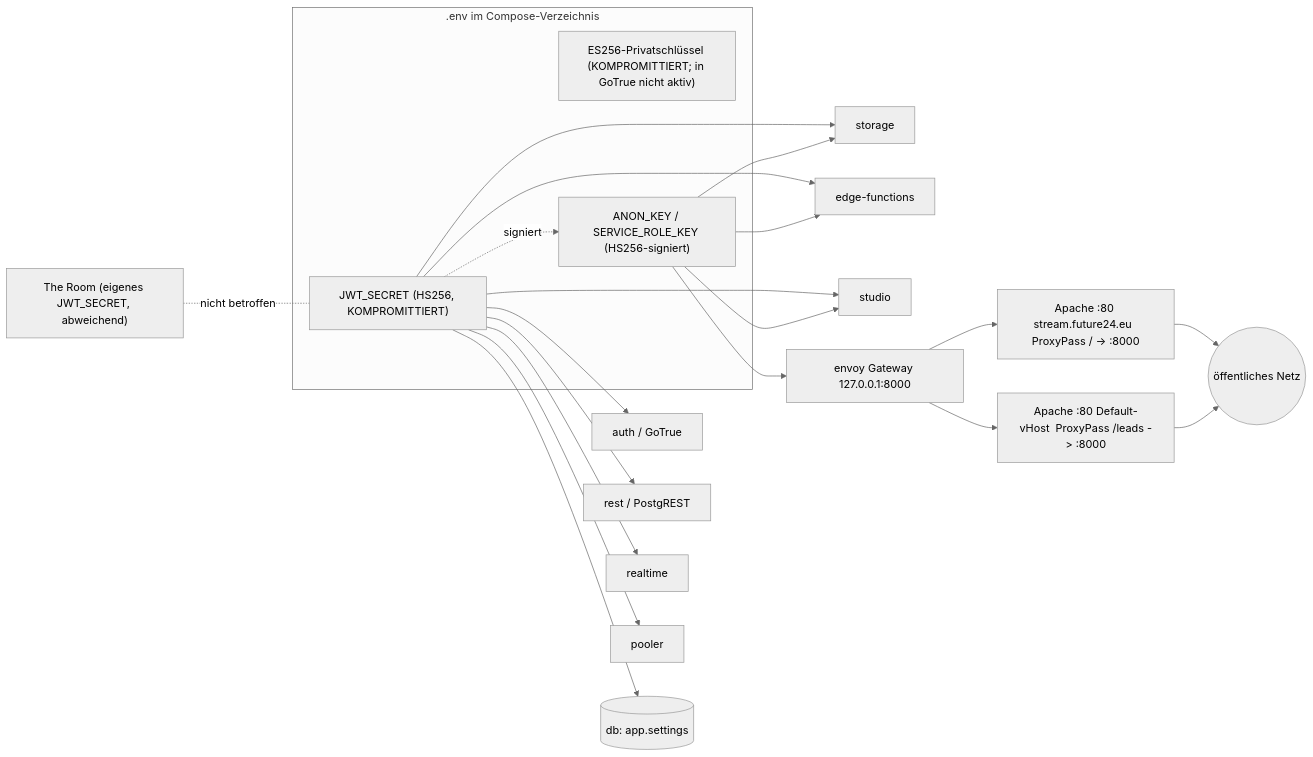
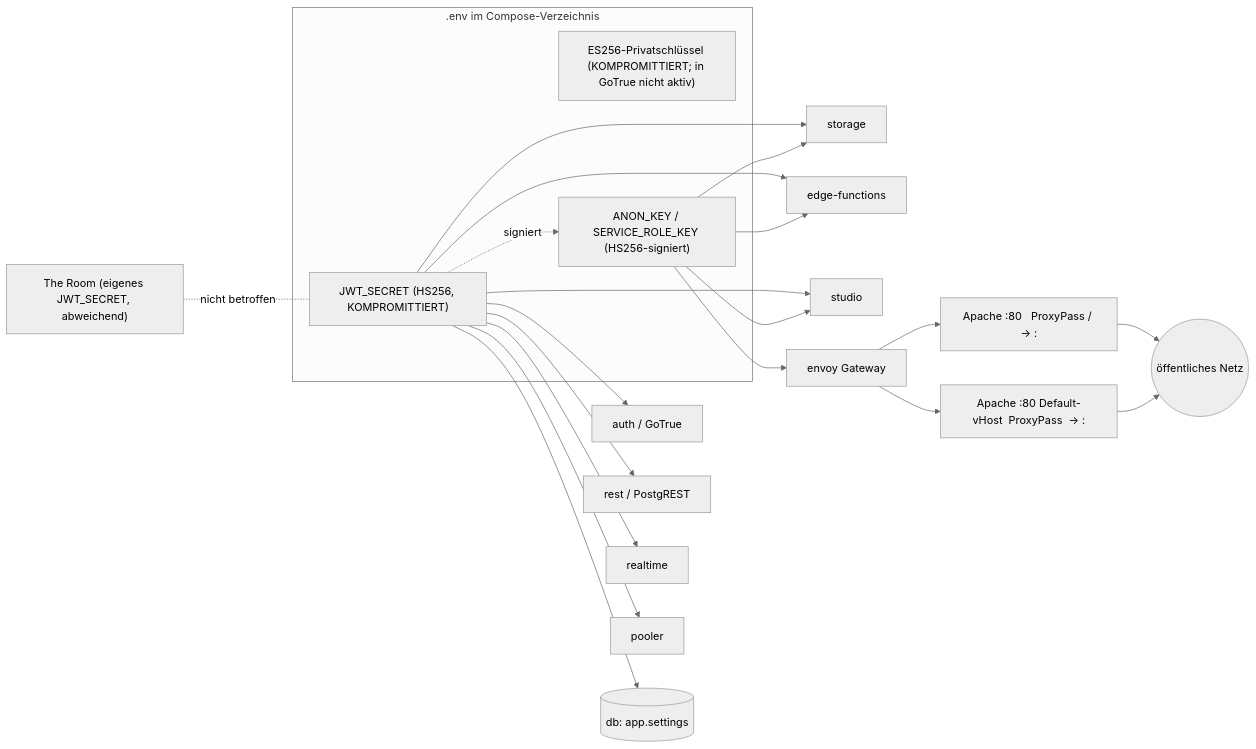
Before and after one commit to Johannesalchemist/nyxa-kernel: the diagram in modules/ops/supabase-key-rotation/DEPENDENCY-GRAPH.md, drawn with Mermaid (neutral theme). The commit also changed other lines of this file and 3 other files, not shown here.

First line of the commit message:
Redact exposed gateway host/path/ports from public F6 documents

````diff
--- a/modules/ops/supabase-key-rotation/DEPENDENCY-GRAPH.md
+++ b/modules/ops/supabase-key-rotation/DEPENDENCY-GRAPH.md
@@ -3,17 +3,17 @@
 ```mermaid
 flowchart LR
   subgraph Secrets[".env im Compose-Verzeichnis"]
     HS["JWT_SECRET (HS256, KOMPROMITTIERT)"]
     ES["ES256-Privatschlüssel (KOMPROMITTIERT; in GoTrue nicht aktiv)"]
     AK["ANON_KEY / SERVICE_ROLE_KEY (HS256-signiert)"]
   end
   HS --> AUTH[auth / GoTrue]
   HS --> REST[rest / PostgREST]
   HS --> RT[realtime] & POOL[pooler] & STO[storage] & EDGE[edge-functions] & STU[studio] & DB[(db: app.settings)]
   HS -. signiert .-> AK
-  AK --> ENV[envoy Gateway 127.0.0.1:8000] & STO & EDGE & STU
-  ENV --> APACHE1["Apache :80 stream.future24.eu  ProxyPass / -> :8000"]
-  ENV --> APACHE2["Apache :80 Default-vHost  ProxyPass /leads -> :8000"]
+  AK --> ENV[envoy Gateway <lokaler Gateway-Port>] & STO & EDGE & STU
+  ENV --> APACHE1["Apache :80 <vhost-S>  ProxyPass / -> :<gw-port>"]
+  ENV --> APACHE2["Apache :80 Default-vHost  ProxyPass <pfad-L> -> :<gw-port>"]
   APACHE1 & APACHE2 --> NET((öffentliches Netz))
   ROOM["The Room (eigenes JWT_SECRET, abweichend)"] -.nicht betroffen.- HS
 ```
````
